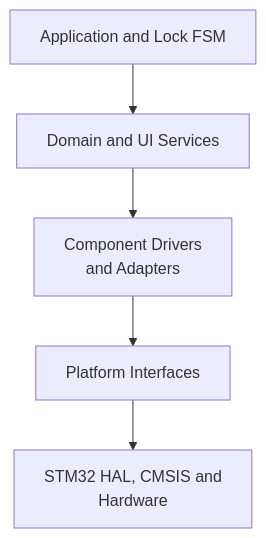
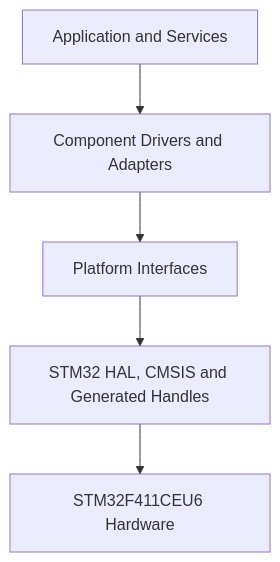
Before and after one commit to JP-REY/STM32F103C8T6-Based-Electronic-Lock: the first of 3 diagrams in Platforms/README.md, drawn with Mermaid. The commit also changed other lines of this file, not shown here.

First line of the commit message:
docs(platforms): replace duplicated README with platform-specific documentation

````diff
--- a/Platforms/README.md
+++ b/Platforms/README.md
@@ -266,13 +119,7 @@
 ```mermaid
-flowchart TB
-    APP["Application and Lock FSM"]
-    SERVICES["Domain and UI Services"]
-    DRIVERS["Component Drivers<br/> and Adapters"]
-    PLATFORM["Platform Interfaces"]
-    VENDOR["STM32 HAL, CMSIS and<br/> Hardware"]
-
-    APP --> SERVICES
-    SERVICES --> DRIVERS
-    DRIVERS --> PLATFORM
-    PLATFORM --> VENDOR
+flowchart TD
+    A["Application and Services"] --> B["Component Drivers and Adapters"]
+    B --> C["Platform Interfaces"]
+    C --> D["STM32 HAL, CMSIS and Generated Handles"]
+    D --> E["STM32F411CEU6 Hardware"]
 ```
````
